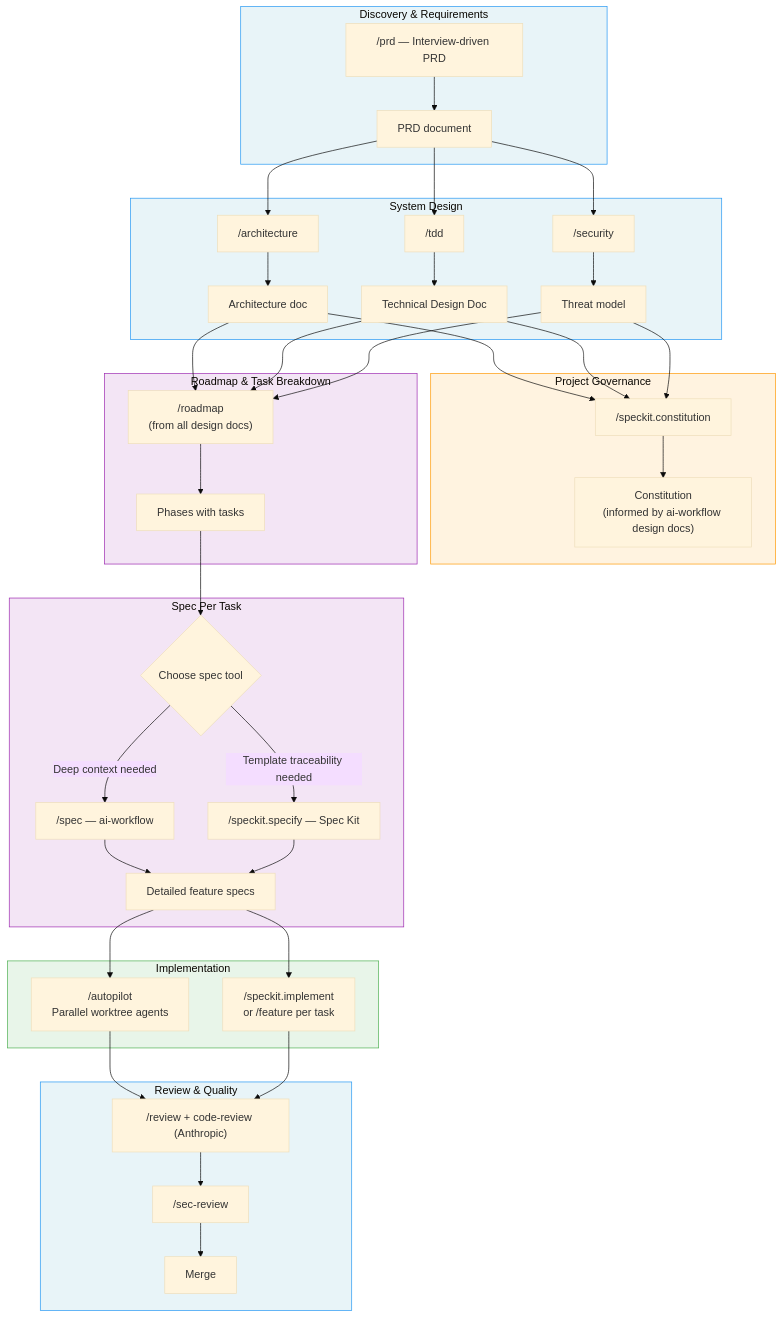
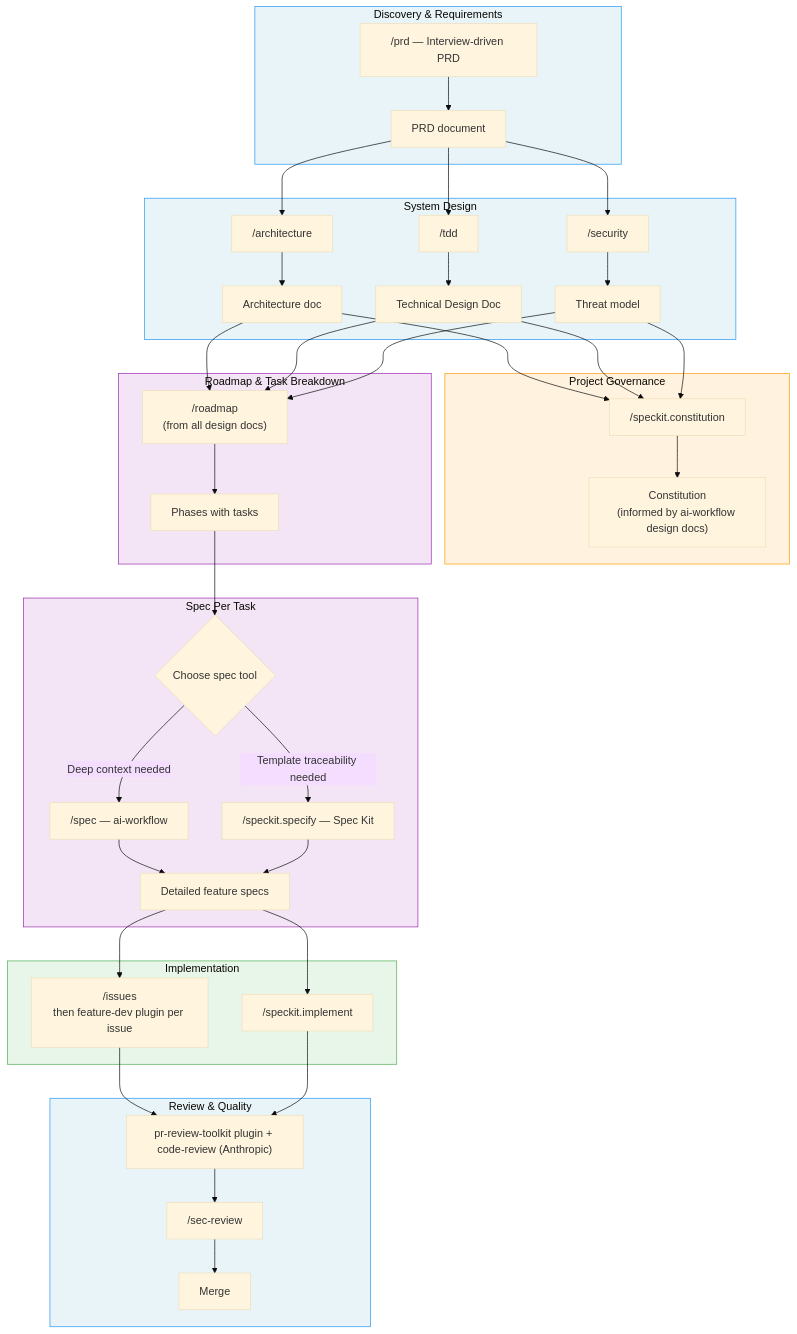
The first of 5 diagrams in docs/speckit-integration.md (0xrafasec/ai-workflow), drawn with Mermaid (base theme) before and after one commit. The commit also changed other lines of this file and 9 other files, not shown here.

````diff
--- a/docs/speckit-integration.md
+++ b/docs/speckit-integration.md
@@ -28,57 +28,57 @@
 ```mermaid
 flowchart TD
     subgraph Discovery ["Discovery & Requirements"]
         A["/prd — Interview-driven PRD"] --> B["PRD document"]
     end
 
     subgraph Design ["System Design"]
         B --> C["/architecture"]
         B --> D["/tdd"]
         B --> E["/security"]
         C --> F["Architecture doc"]
         D --> G["Technical Design Doc"]
         E --> H["Threat model"]
     end
 
     subgraph Constitution ["Project Governance"]
         F --> I["/speckit.constitution"]
         G --> I
         H --> I
         I --> J["Constitution<br/>(informed by ai-workflow design docs)"]
     end
 
     subgraph Planning ["Roadmap & Task Breakdown"]
         F --> R["/roadmap<br/>(from all design docs)"]
         G --> R
         H --> R
         R --> TASKS["Phases with tasks"]
     end
 
     subgraph Specification ["Spec Per Task"]
         TASKS --> K{Choose spec tool}
         K -->|"Deep context needed"| L["/spec — ai-workflow"]
         K -->|"Template traceability needed"| M["/speckit.specify — Spec Kit"]
         L --> N["Detailed feature specs"]
         M --> N
     end
 
     subgraph Execution ["Implementation"]
-        N --> T["/autopilot<br/>Parallel worktree agents"]
-        N --> U["/speckit.implement<br/>or /feature per task"]
+        N --> T["/issues<br/>then feature-dev plugin per issue"]
+        N --> U["/speckit.implement"]
     end
 
     subgraph Review ["Review & Quality"]
-        T --> W["/review + code-review (Anthropic)"]
+        T --> W["pr-review-toolkit plugin + code-review (Anthropic)"]
         U --> W
         W --> X["/sec-review"]
         X --> Y["Merge"]
     end
 
     style Discovery fill:#e8f4f8,stroke:#2196F3
     style Design fill:#e8f4f8,stroke:#2196F3
     style Constitution fill:#fff3e0,stroke:#FF9800
     style Planning fill:#f3e5f5,stroke:#9C27B0
     style Specification fill:#f3e5f5,stroke:#9C27B0
     style Execution fill:#e8f5e9,stroke:#4CAF50
     style Review fill:#e8f4f8,stroke:#2196F3
 ```
````
